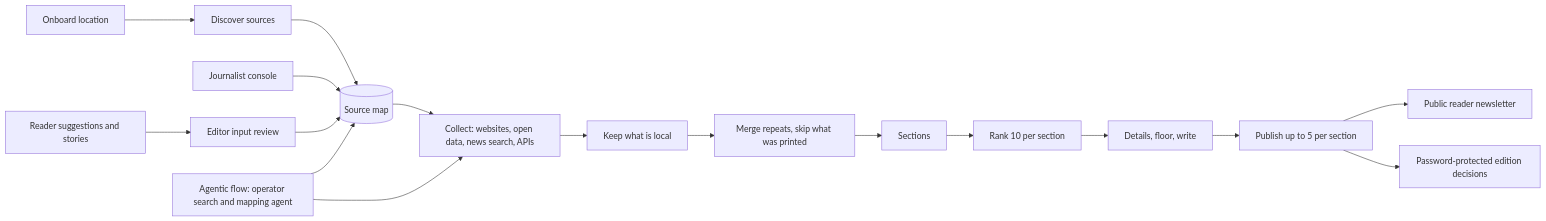
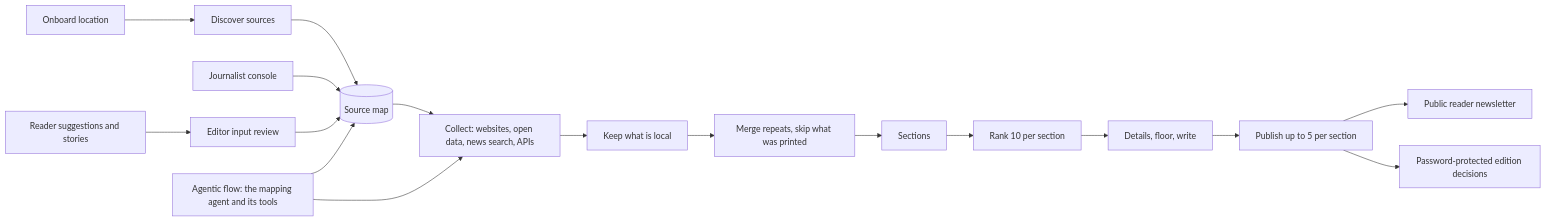
The diagram in README.md (vbafnaa/NewsBee), drawn with Mermaid before and after one commit. The commit also changed other lines of this file and 497 other files, not shown here.

````diff
--- a/README.md
+++ b/README.md
@@ -9,13 +9,13 @@
 ```mermaid
 flowchart LR
   Onboard[Onboard location] --> Discover[Discover sources] --> Map[(Source map)]
   Map --> Collect[Collect: websites, open data, news search, APIs]
   Collect --> Local[Keep what is local] --> Merge[Merge repeats, skip what was printed]
   Merge --> Sections[Sections] --> Rank[Rank 10 per section] --> Write[Details, floor, write]
   Write --> Publish[Publish up to 5 per section] --> Reader[Public reader newsletter]
   Publish --> Review[Password-protected edition decisions]
   Editors[Journalist console] --> Map
   Readers[Reader suggestions and stories] --> Inputs[Editor input review] --> Map
-  Agent[Agentic flow: operator search and mapping agent] --> Map
+  Agent[Agentic flow: the mapping agent and its tools] --> Map
   Agent --> Collect
 ```
````
